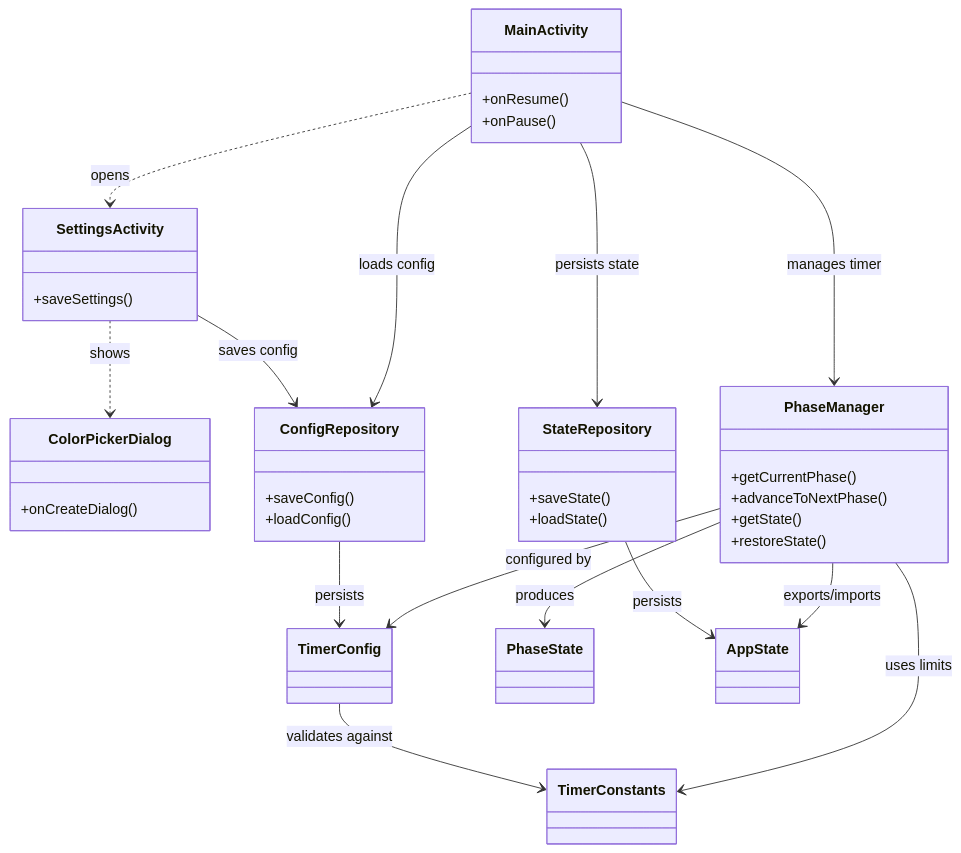
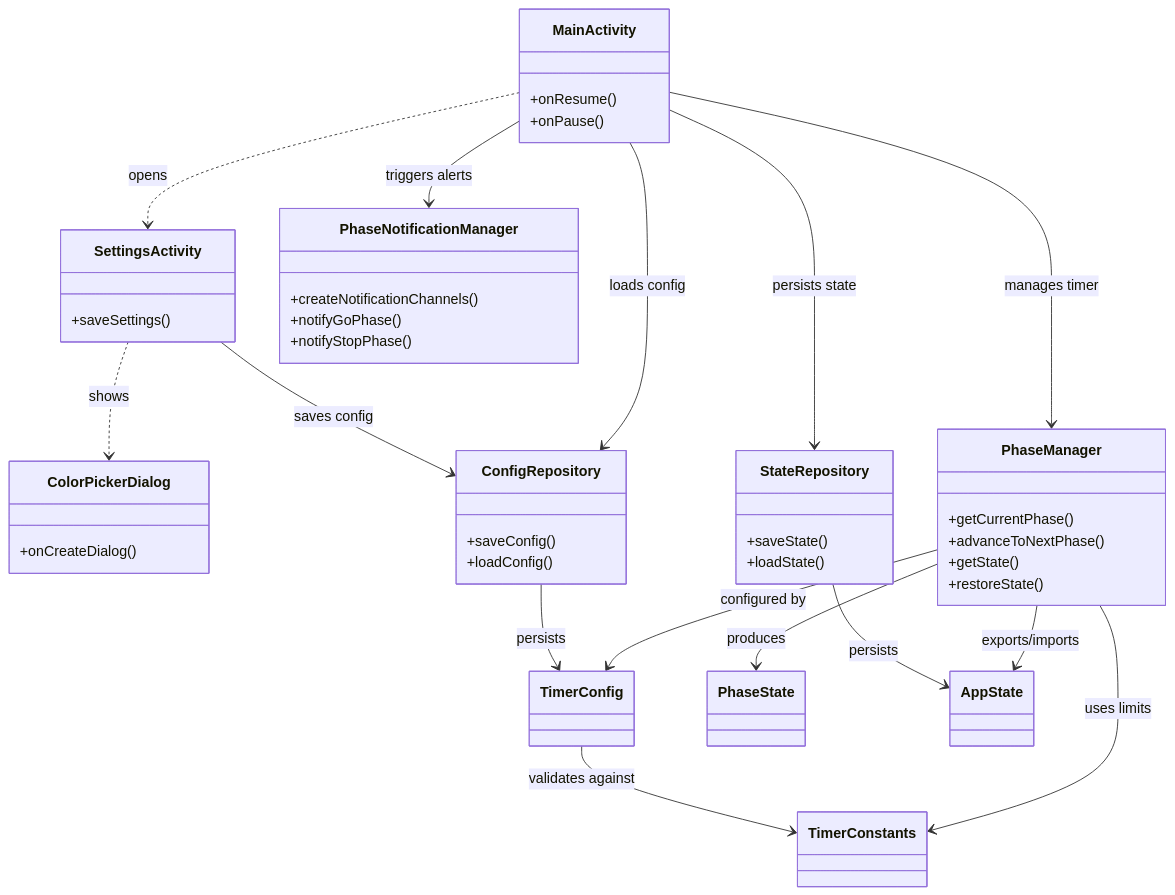
One commit to beavuck/stop-and-go changed the diagram in docs/general-architecture.md. Above: the diagram before and after it, drawn with Mermaid. The commit also changed other lines of this file and 13 other files, not shown here.

Commit message:
🎵 Implement notifications on phase change

````diff
--- a/docs/general-architecture.md
+++ b/docs/general-architecture.md
@@ -3,62 +3,65 @@
 ```mermaid
 classDiagram
     direction TB
-
-    %% Activities
+%% Activities
     class MainActivity {
         +onResume()
         +onPause()
     }
 
     class SettingsActivity {
         +saveSettings()
     }
 
-    %% Dialogs
+%% Dialogs
     class ColorPickerDialog {
         +onCreateDialog()
     }
 
-    %% Core Model
+%% Notifications
+    class PhaseNotificationManager {
+        +createNotificationChannels()
+        +notifyGoPhase()
+        +notifyStopPhase()
+    }
+
+%% Core Model
     class PhaseManager {
         +getCurrentPhase()
         +advanceToNextPhase()
         +getState()
         +restoreState()
     }
 
     class TimerConfig
     class PhaseState
     class AppState
     class TimerConstants
 
-    %% Repositories
+%% Repositories
     class ConfigRepository {
         +saveConfig()
         +loadConfig()
     }
 
     class StateRepository {
         +saveState()
         +loadState()
     }
 
-    %% Relationships
-    MainActivity --> PhaseManager : manages timer
-    MainActivity --> ConfigRepository : loads config
-    MainActivity --> StateRepository : persists state
-    MainActivity ..> SettingsActivity : opens
-
-    SettingsActivity --> ConfigRepository : saves config
-    SettingsActivity ..> ColorPickerDialog : shows
-
-    PhaseManager --> TimerConfig : configured by
-    PhaseManager --> PhaseState : produces
-    PhaseManager --> AppState : exports/imports
-    PhaseManager --> TimerConstants : uses limits
-
-    ConfigRepository --> TimerConfig : persists
-    StateRepository --> AppState : persists
-
-    TimerConfig --> TimerConstants : validates against
+%% Relationships
+    MainActivity --> PhaseManager: manages timer
+    MainActivity --> ConfigRepository: loads config
+    MainActivity --> StateRepository: persists state
+    MainActivity --> PhaseNotificationManager: triggers alerts
+    MainActivity ..> SettingsActivity: opens
+    SettingsActivity --> ConfigRepository: saves config
+    SettingsActivity ..> ColorPickerDialog: shows
+    PhaseManager --> TimerConfig: configured by
+    PhaseManager --> PhaseState: produces
+    PhaseManager --> AppState: exports/imports
+    PhaseManager --> TimerConstants: uses limits
+    ConfigRepository --> TimerConfig: persists
+    StateRepository --> AppState: persists
+    TimerConfig --> TimerConstants: validates against
 ```
````
